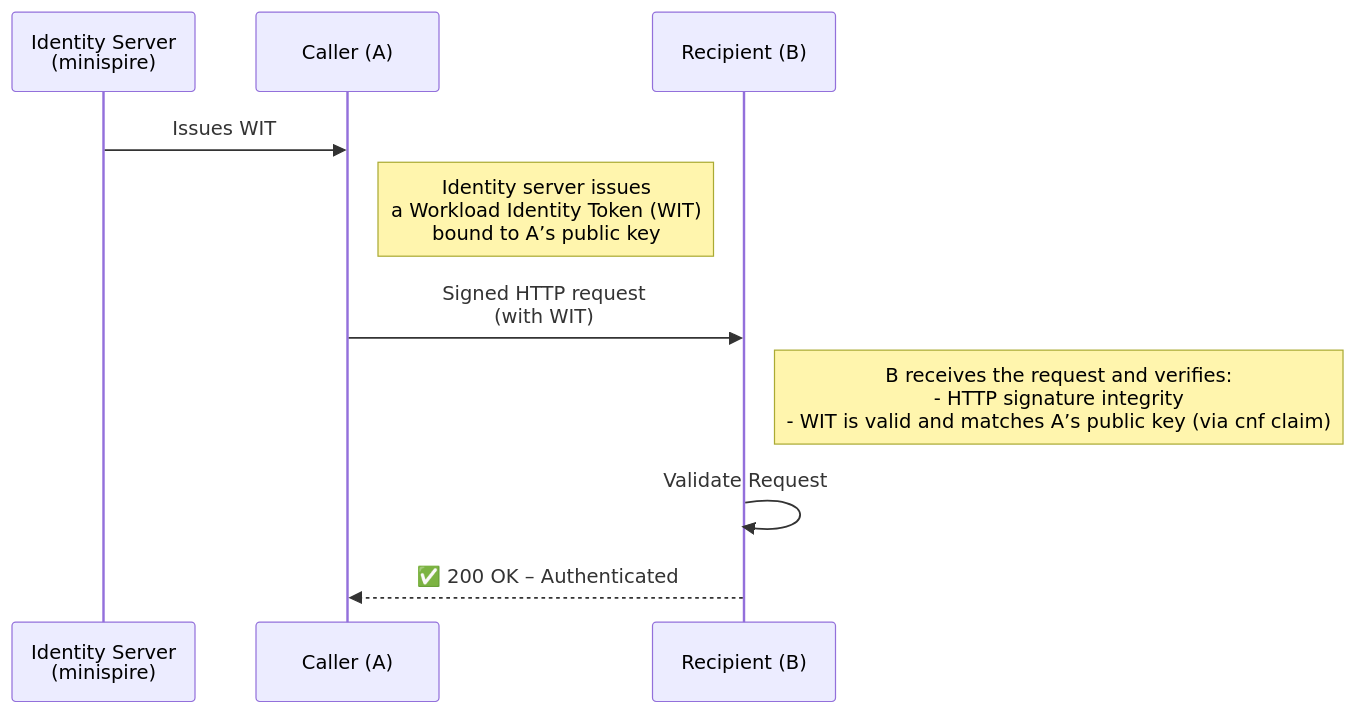
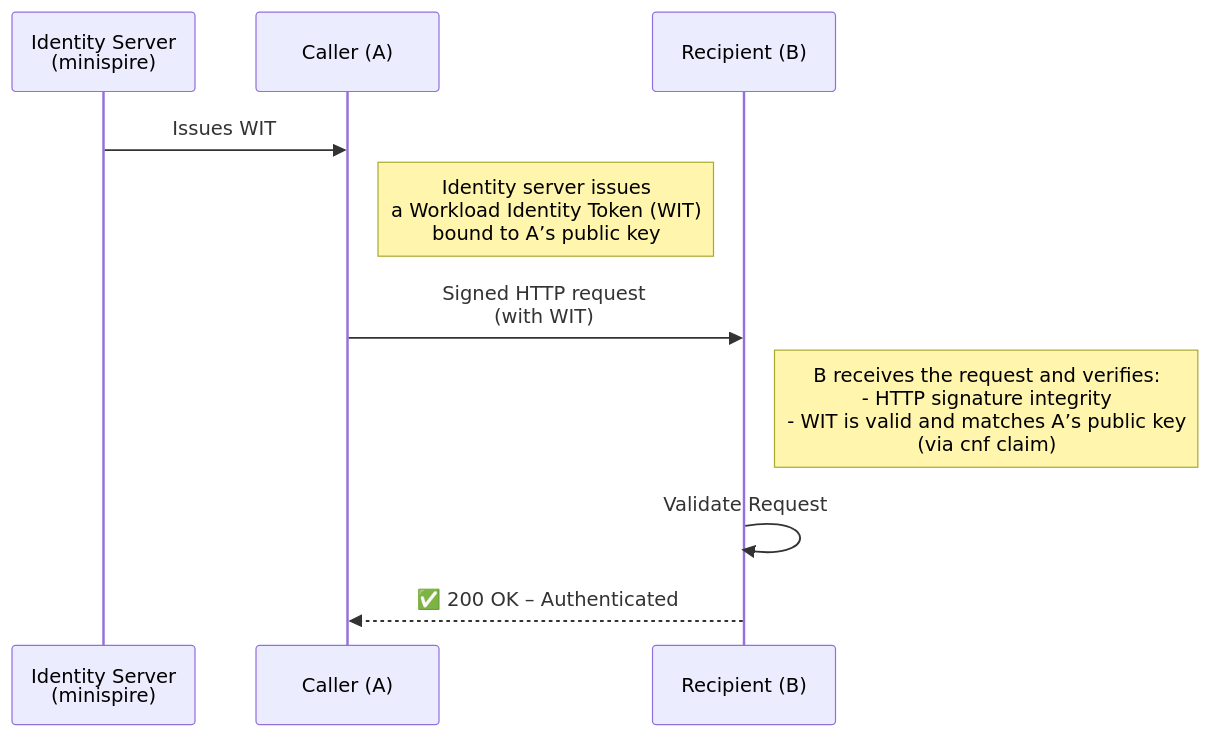
Before and after one commit to cofide/wimse-s2s-httpsig-poc: the diagram in README.md, drawn with Mermaid.

Commit message:
Adjust formatting

````diff
--- a/README.md
+++ b/README.md
@@ -38,16 +38,16 @@
 ```mermaid
 sequenceDiagram
     participant ID as Identity Server<br/>(minispire)
     participant A as Caller (A)
     participant B as Recipient (B)
 
     ID ->> A: Issues WIT
     Note right of A: Identity server issues<br/>a Workload Identity Token (WIT)<br/>bound to A’s public key
 
     %% === Authenticated Request ===
     A ->> B: Signed HTTP request<br/>(with WIT)
-    Note right of B: B receives the request and verifies:<br/>- HTTP signature integrity<br/>- WIT is valid and matches A’s public key (via cnf claim)
+    Note right of B: B receives the request and verifies:<br/>- HTTP signature integrity<br/>- WIT is valid and matches A’s public key<br/>(via cnf claim)
 
     B ->> B: Validate Request
     B -->> A: ✅ 200 OK – Authenticated
 ```
````
